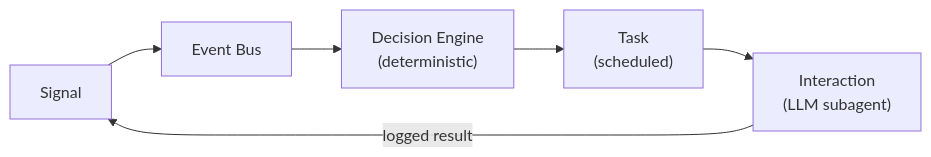
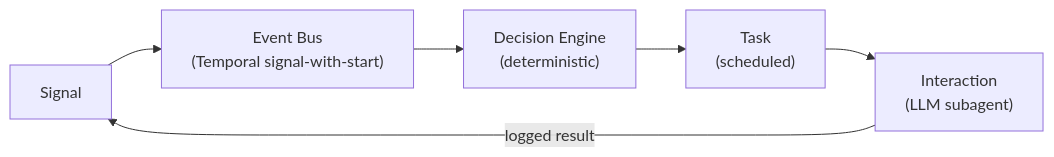
Before and after one commit to sebytremblay/mirenta-backend: the diagram in docs/architecture.md, drawn with Mermaid. The commit also changed other lines of this file and 5 other files, not shown here.

````diff
--- a/docs/architecture.md
+++ b/docs/architecture.md
@@ -9,8 +9,8 @@
 ```mermaid
 graph LR
-    Signal["Signal"] --> Bus["Event Bus"]
+    Signal["Signal"] --> Bus["Event Bus\n(Temporal signal-with-start)"]
     Bus --> Decision["Decision Engine\n(deterministic)"]
     Decision --> Task["Task\n(scheduled)"]
     Task --> Interaction["Interaction\n(LLM subagent)"]
     Interaction -->|"logged result"| Signal
 ```
````
